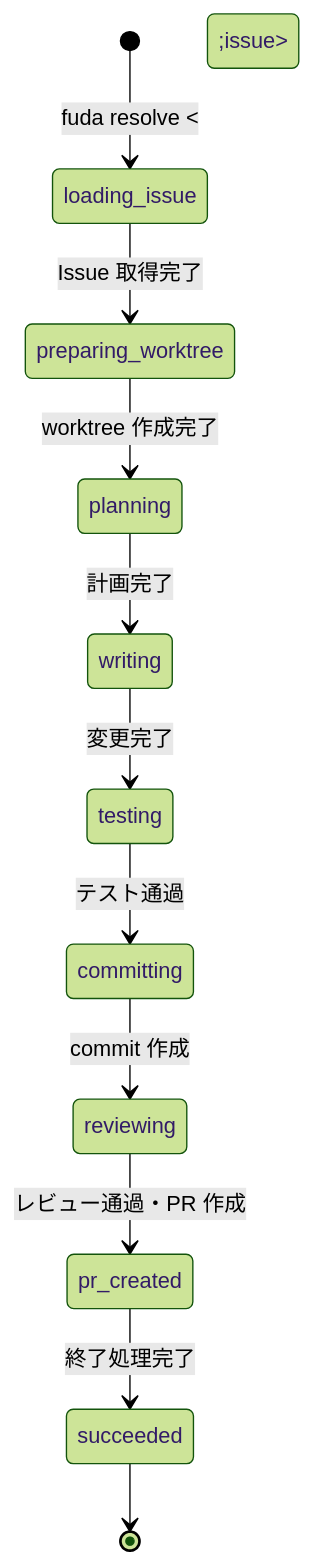
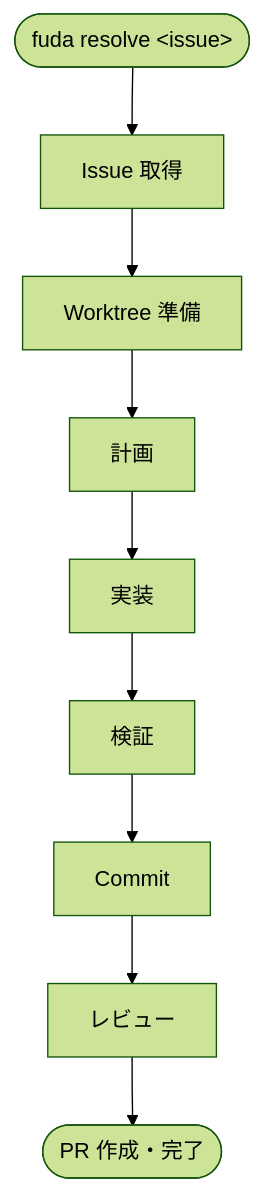
One commit to tooppoo/Fuda changed the diagram in docs/usage/run-flow.md. Above: the diagram before and after it, drawn with Mermaid (forest theme). The commit also changed other lines of this file, not shown here.

Commit message:
docs: decouple run-flow diagram from run_state enum vocabulary
Replace stateDiagram-v2 with a conceptual flowchart TD using Japanese
phase names, so changes to run_state enum values no longer require
updating the user-facing diagram.

````diff
--- a/docs/usage/run-flow.md
+++ b/docs/usage/run-flow.md
@@ -7,15 +7,11 @@
 ```mermaid
-stateDiagram-v2
-    [*] --> loading_issue : fuda resolve &lt;issue&gt;
-
-    loading_issue --> preparing_worktree : Issue 取得完了
-    preparing_worktree --> planning : worktree 作成完了
-    planning --> writing : 計画完了
-    writing --> testing : 変更完了
-    testing --> committing : テスト通過
-    committing --> reviewing : commit 作成
-    reviewing --> pr_created : レビュー通過・PR 作成
-    pr_created --> succeeded : 終了処理完了
-
-    succeeded --> [*]
+flowchart TD
+    START([fuda resolve &lt;issue&gt;]) --> A[Issue 取得]
+    A --> B[Worktree 準備]
+    B --> C[計画]
+    C --> D[実装]
+    D --> E[検証]
+    E --> F[Commit]
+    F --> G[レビュー]
+    G --> H([PR 作成・完了])
 ```
````
